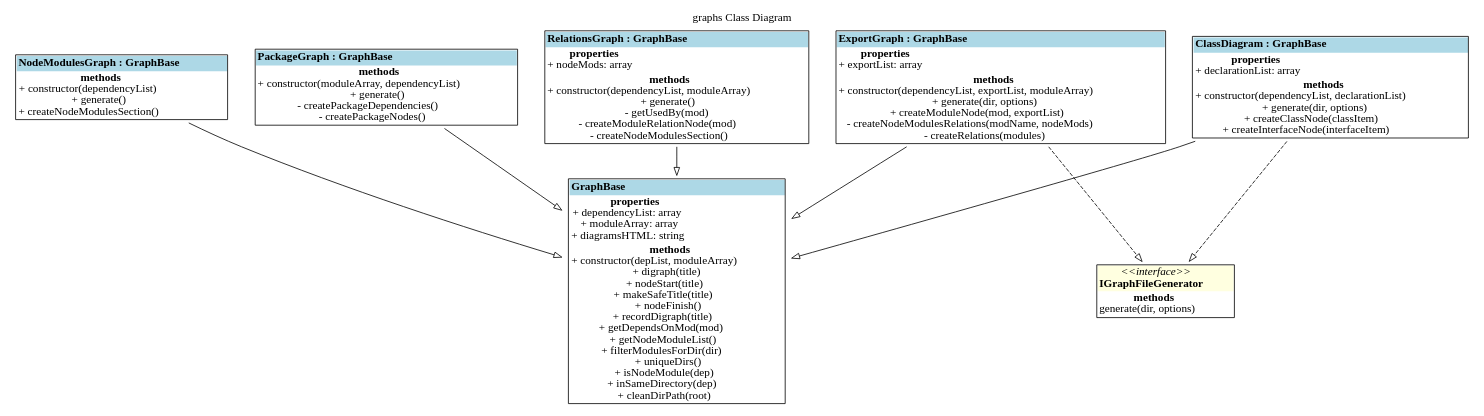
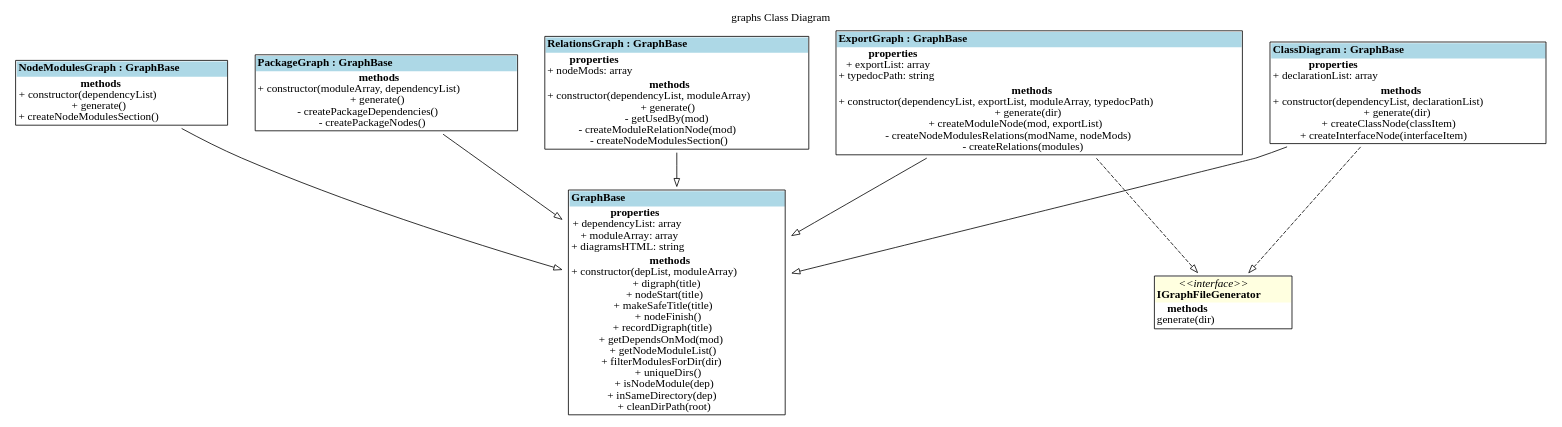
Before and after one commit to fleebe/GitHubPages: the diagram in dep-graph-ts/graphs_ClassDiagram.dot, drawn with Graphviz. The commit also changed 36 other files, not shown here.

Commit message:
Update docs for dep-graph-ts from fleebe/dep-graph-ts workflow

```diff
--- a/dep-graph-ts/graphs_ClassDiagram.dot
+++ b/dep-graph-ts/graphs_ClassDiagram.dot
@@ -1,101 +1,102 @@
 digraph {label="graphs Class Diagram";
 labelloc="t";
 "ClassDiagram" [shape=none, label=<<TABLE cellspacing="0" cellborder="0" align="left">
 <TR><TD align="left" bgcolor="lightblue"><B>ClassDiagram : GraphBase</B></TD></TR>
 <TR><TD align="left"><B>properties</B><BR/>
 + declarationList: array<BR/>
 </TD></TR>
 <TR><TD align="left"><B>methods</B><BR/>
 + constructor(dependencyList, declarationList)<BR/>
-+ generate(dir, options)<BR/>
++ generate(dir)<BR/>
 + createClassNode(classItem)<BR/>
 + createInterfaceNode(interfaceItem)<BR/>
 </TD></TR>
 </TABLE>>];
 "ClassDiagram"->"GraphBase" [arrowhead=empty, style=solid];
 "ClassDiagram"->"IGraphFileGenerator" [arrowhead=empty, style=dashed];
 
 "ExportGraph" [shape=none, label=<<TABLE cellspacing="0" cellborder="0" align="left">
 <TR><TD align="left" bgcolor="lightblue"><B>ExportGraph : GraphBase</B></TD></TR>
 <TR><TD align="left"><B>properties</B><BR/>
 + exportList: array<BR/>
++ typedocPath: string<BR/>
 </TD></TR>
 <TR><TD align="left"><B>methods</B><BR/>
-+ constructor(dependencyList, exportList, moduleArray)<BR/>
-+ generate(dir, options)<BR/>
++ constructor(dependencyList, exportList, moduleArray, typedocPath)<BR/>
++ generate(dir)<BR/>
 + createModuleNode(mod, exportList)<BR/>
 - createNodeModulesRelations(modName, nodeMods)<BR/>
 - createRelations(modules)<BR/>
 </TD></TR>
 </TABLE>>];
 "ExportGraph"->"GraphBase" [arrowhead=empty, style=solid];
 "ExportGraph"->"IGraphFileGenerator" [arrowhead=empty, style=dashed];
 
 "GraphBase" [shape=none, label=<<TABLE cellspacing="0" cellborder="0" align="left">
 <TR><TD align="left" bgcolor="lightblue"><B>GraphBase</B></TD></TR>
 <TR><TD align="left"><B>properties</B><BR/>
 + dependencyList: array<BR/>
 + moduleArray: array<BR/>
 + diagramsHTML: string<BR/>
 </TD></TR>
 <TR><TD align="left"><B>methods</B><BR/>
 + constructor(depList, moduleArray)<BR/>
 + digraph(title)<BR/>
 + nodeStart(title)<BR/>
 + makeSafeTitle(title)<BR/>
 + nodeFinish()<BR/>
 + recordDigraph(title)<BR/>
 + getDependsOnMod(mod)<BR/>
 + getNodeModuleList()<BR/>
 + filterModulesForDir(dir)<BR/>
 + uniqueDirs()<BR/>
 + isNodeModule(dep)<BR/>
 + inSameDirectory(dep)<BR/>
 + cleanDirPath(root)<BR/>
 </TD></TR>
 </TABLE>>];
 
 "IGraphFileGenerator" [shape=none, label=<<TABLE cellspacing="0" cellborder="0" align="left">
 <TR><TD align="center" bgcolor="lightyellow"><I>&lt;&lt;interface&gt;&gt;</I><BR/><B>IGraphFileGenerator</B></TD></TR>
 <TR><TD align="left"><B>methods</B><BR/>
-generate(dir, options)<BR/>
+generate(dir)<BR/>
 </TD></TR>
 </TABLE>>];
 
 "NodeModulesGraph" [shape=none, label=<<TABLE cellspacing="0" cellborder="0" align="left">
 <TR><TD align="left" bgcolor="lightblue"><B>NodeModulesGraph : GraphBase</B></TD></TR>
 <TR><TD align="left"><B>methods</B><BR/>
 + constructor(dependencyList)<BR/>
 + generate()<BR/>
 + createNodeModulesSection()<BR/>
 </TD></TR>
 </TABLE>>];
 "NodeModulesGraph"->"GraphBase" [arrowhead=empty, style=solid];
 
 "PackageGraph" [shape=none, label=<<TABLE cellspacing="0" cellborder="0" align="left">
 <TR><TD align="left" bgcolor="lightblue"><B>PackageGraph : GraphBase</B></TD></TR>
 <TR><TD align="left"><B>methods</B><BR/>
 + constructor(moduleArray, dependencyList)<BR/>
 + generate()<BR/>
 - createPackageDependencies()<BR/>
 - createPackageNodes()<BR/>
 </TD></TR>
 </TABLE>>];
 "PackageGraph"->"GraphBase" [arrowhead=empty, style=solid];
 
 "RelationsGraph" [shape=none, label=<<TABLE cellspacing="0" cellborder="0" align="left">
 <TR><TD align="left" bgcolor="lightblue"><B>RelationsGraph : GraphBase</B></TD></TR>
 <TR><TD align="left"><B>properties</B><BR/>
 + nodeMods: array<BR/>
 </TD></TR>
 <TR><TD align="left"><B>methods</B><BR/>
 + constructor(dependencyList, moduleArray)<BR/>
 + generate()<BR/>
 - getUsedBy(mod)<BR/>
 - createModuleRelationNode(mod)<BR/>
 - createNodeModulesSection()<BR/>
 </TD></TR>
 </TABLE>>];
 "RelationsGraph"->"GraphBase" [arrowhead=empty, style=solid];
 
 }
```
